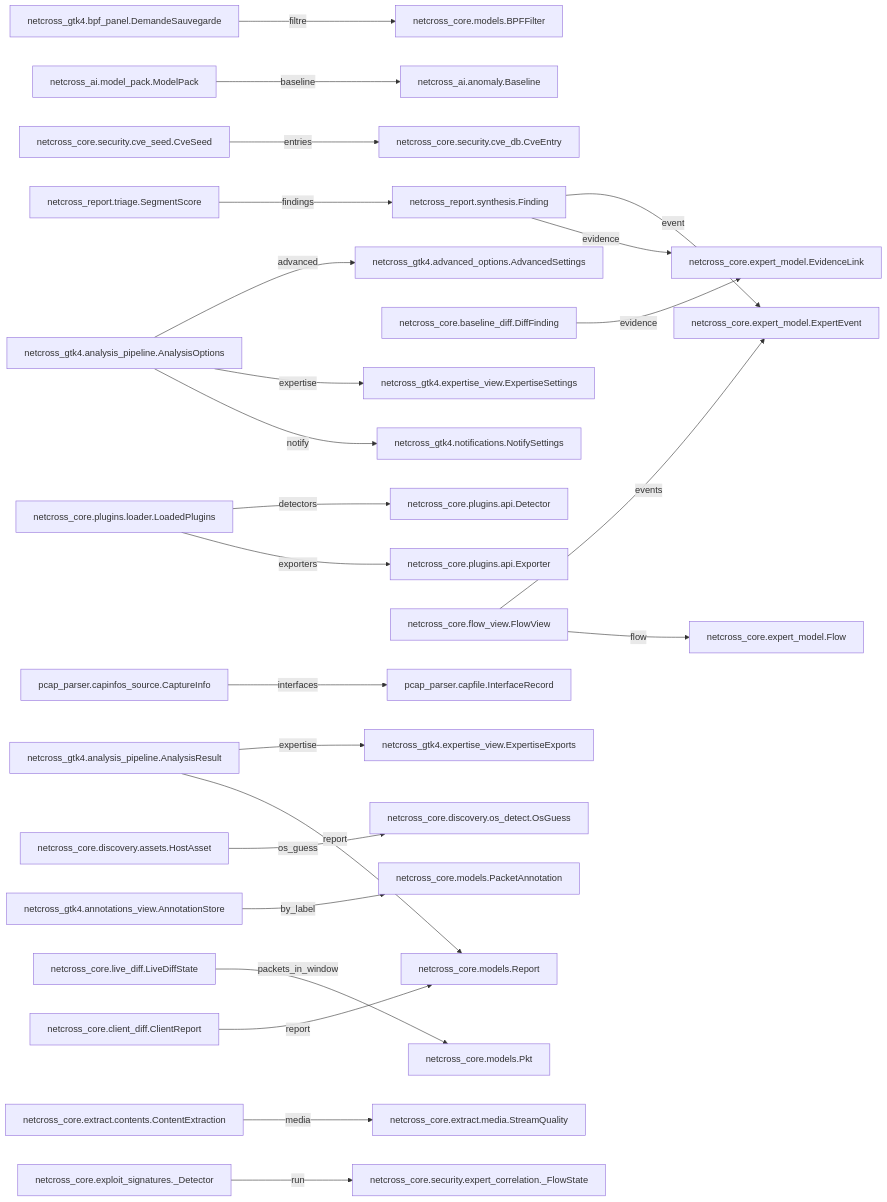
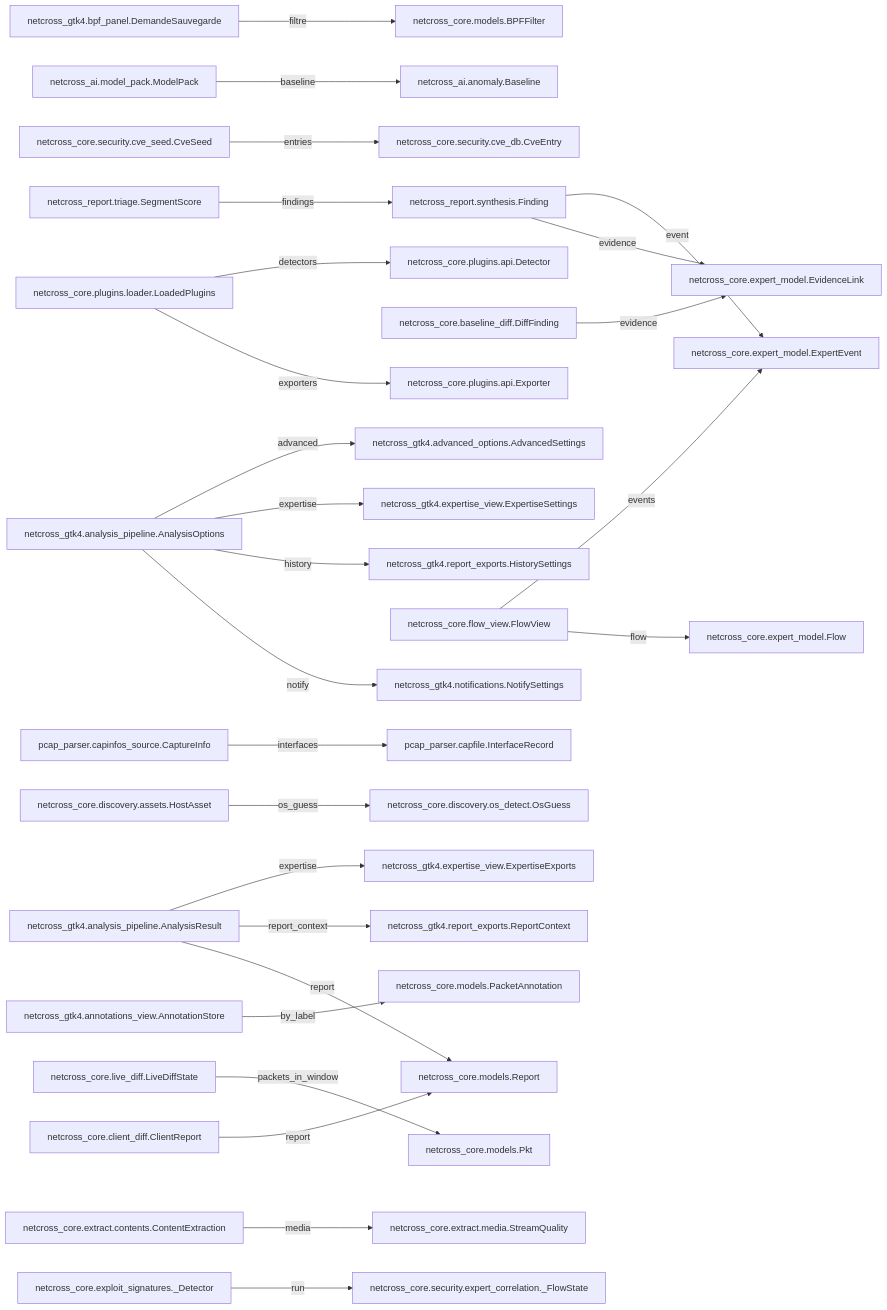
Before and after one commit to Mathide-Team/Netcross: the second of 19 diagrams in docs/class-diagram.md, drawn with Mermaid. The commit also changed other lines of this file and 11 other files, not shown here.

First line of the commit message:
feat(#674): diagramme de sequence, SIEM, historique et ticket de support dans la GUI

````diff
--- a/docs/class-diagram.md
+++ b/docs/class-diagram.md
@@ -57,62 +57,66 @@
 ```mermaid
 flowchart LR
     AdvancedSettings["netcross_gtk4.advanced_options.AdvancedSettings"]
     AnalysisOptions["netcross_gtk4.analysis_pipeline.AnalysisOptions"]
     AnalysisResult["netcross_gtk4.analysis_pipeline.AnalysisResult"]
     AnnotationStore["netcross_gtk4.annotations_view.AnnotationStore"]
     BPFFilter["netcross_core.models.BPFFilter"]
     Baseline["netcross_ai.anomaly.Baseline"]
     CaptureInfo["pcap_parser.capinfos_source.CaptureInfo"]
     ClientReport["netcross_core.client_diff.ClientReport"]
     ContentExtraction["netcross_core.extract.contents.ContentExtraction"]
     CveEntry["netcross_core.security.cve_db.CveEntry"]
     CveSeed["netcross_core.security.cve_seed.CveSeed"]
     DemandeSauvegarde["netcross_gtk4.bpf_panel.DemandeSauvegarde"]
     Detector["netcross_core.plugins.api.Detector"]
     DiffFinding["netcross_core.baseline_diff.DiffFinding"]
     EvidenceLink["netcross_core.expert_model.EvidenceLink"]
     ExpertEvent["netcross_core.expert_model.ExpertEvent"]
     ExpertiseExports["netcross_gtk4.expertise_view.ExpertiseExports"]
     ExpertiseSettings["netcross_gtk4.expertise_view.ExpertiseSettings"]
     Exporter["netcross_core.plugins.api.Exporter"]
     Finding["netcross_report.synthesis.Finding"]
     FlowView["netcross_core.flow_view.FlowView"]
     Flow["netcross_core.expert_model.Flow"]
+    HistorySettings["netcross_gtk4.report_exports.HistorySettings"]
     HostAsset["netcross_core.discovery.assets.HostAsset"]
     InterfaceRecord["pcap_parser.capfile.InterfaceRecord"]
     LiveDiffState["netcross_core.live_diff.LiveDiffState"]
     LoadedPlugins["netcross_core.plugins.loader.LoadedPlugins"]
     ModelPack["netcross_ai.model_pack.ModelPack"]
     NotifySettings["netcross_gtk4.notifications.NotifySettings"]
     OsGuess["netcross_core.discovery.os_detect.OsGuess"]
     PacketAnnotation["netcross_core.models.PacketAnnotation"]
     Pkt["netcross_core.models.Pkt"]
+    ReportContext["netcross_gtk4.report_exports.ReportContext"]
     Report["netcross_core.models.Report"]
     SegmentScore["netcross_report.triage.SegmentScore"]
     StreamQuality["netcross_core.extract.media.StreamQuality"]
     _Detector["netcross_core.exploit_signatures._Detector"]
     netcross_core_security_expert_correlation__FlowState["netcross_core.security.expert_correlation._FlowState"]
     AnalysisOptions -->|advanced| AdvancedSettings
     AnalysisOptions -->|expertise| ExpertiseSettings
+    AnalysisOptions -->|history| HistorySettings
     AnalysisOptions -->|notify| NotifySettings
     AnalysisResult -->|expertise| ExpertiseExports
+    AnalysisResult -->|report_context| ReportContext
     AnalysisResult -->|report| Report
     AnnotationStore -->|by_label| PacketAnnotation
     CaptureInfo -->|interfaces| InterfaceRecord
     ClientReport -->|report| Report
     ContentExtraction -->|media| StreamQuality
     CveSeed -->|entries| CveEntry
     DemandeSauvegarde -->|filtre| BPFFilter
     DiffFinding -->|evidence| EvidenceLink
     Finding -->|event| ExpertEvent
     Finding -->|evidence| EvidenceLink
     FlowView -->|events| ExpertEvent
     FlowView -->|flow| Flow
     HostAsset -->|os_guess| OsGuess
     LiveDiffState -->|packets_in_window| Pkt
     LoadedPlugins -->|detectors| Detector
     LoadedPlugins -->|exporters| Exporter
     ModelPack -->|baseline| Baseline
     SegmentScore -->|findings| Finding
     _Detector -->|run| netcross_core_security_expert_correlation__FlowState
 ```
````
